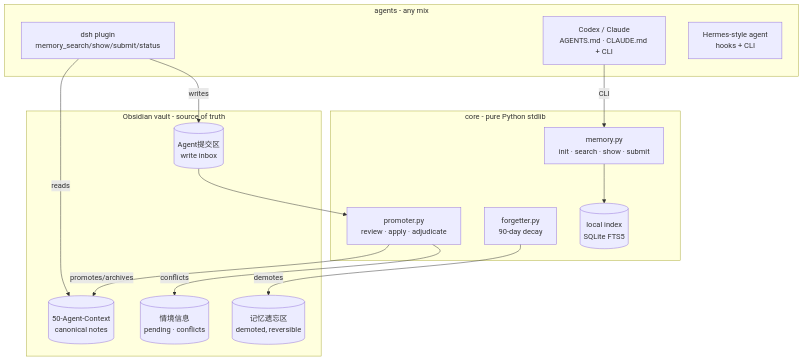
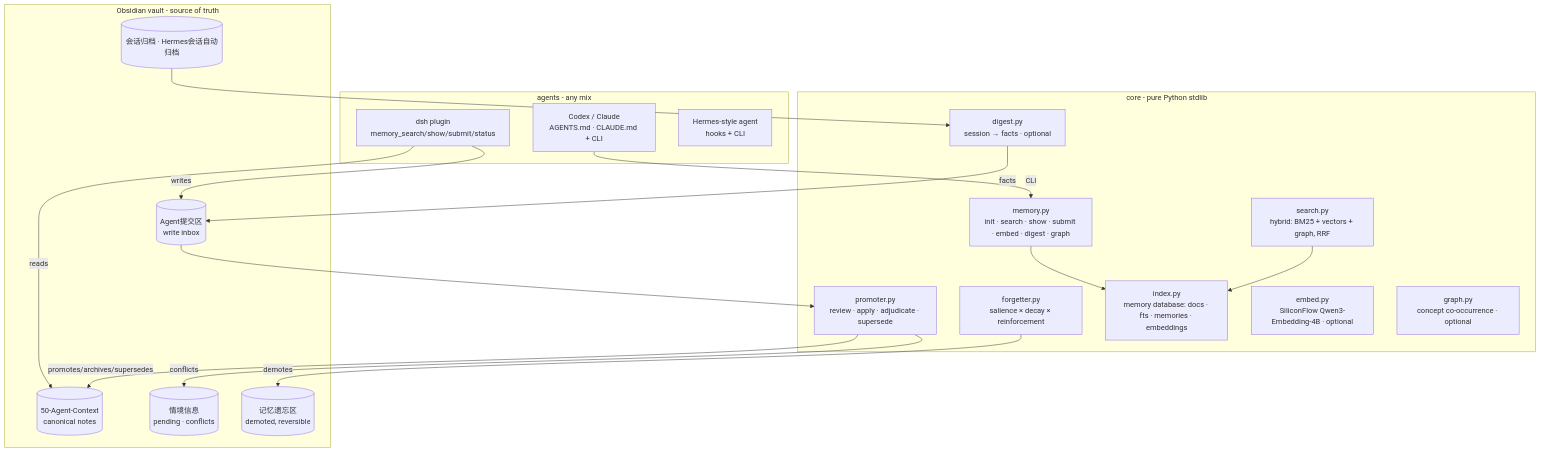
One commit to Noelune/unified-agent-memory changed the diagram in docs/ARCHITECTURE.md. Above: the diagram before and after it, drawn with Mermaid. The commit also changed other lines of this file and 29 other files, not shown here.

First line of the commit message:
feat: fused agent-memory architecture (hybrid retrieval, vectors, digest, graph, supersession)

````diff
--- a/docs/ARCHITECTURE.md
+++ b/docs/ARCHITECTURE.md
@@ -14,31 +25,39 @@
 ```mermaid
 flowchart TB
     subgraph Agents [agents - any mix]
         D[dsh plugin<br/>memory_search/show/submit/status]
         C[Codex / Claude<br/>AGENTS.md · CLAUDE.md + CLI]
         H[Hermes-style agent<br/>hooks + CLI]
     end
 
     subgraph Core [core - pure Python stdlib]
-        M[memory.py<br/>init · search · show · submit]
-        P[promoter.py<br/>review · apply · adjudicate]
-        F[forgetter.py<br/>90-day decay]
-        I[(local index<br/>SQLite FTS5)]
+        M[memory.py<br/>init · search · show · submit · embed · digest · graph]
+        P[promoter.py<br/>review · apply · adjudicate · supersede]
+        F[forgetter.py<br/>salience × decay × reinforcement]
+        I[index.py<br/>memory database: docs · fts · memories · embeddings]
+        S[search.py<br/>hybrid: BM25 + vectors + graph, RRF]
+        E[embed.py<br/>SiliconFlow Qwen3-Embedding-4B · optional]
+        G[graph.py<br/>concept co-occurrence · optional]
+        DG[digest.py<br/>session → facts · optional]
     end
 
     subgraph Vault [Obsidian vault - source of truth]
         CAN[(50-Agent-Context<br/>canonical notes)]
         INBOX[(Agent提交区<br/>write inbox)]
         SIT[(情境信息<br/>pending · conflicts)]
         FORG[(记忆遗忘区<br/>demoted, reversible)]
+        ARCH[(会话归档 · Hermes会话自动归档)]
     end
 
     D -->|reads| CAN
     D -->|writes| INBOX
     C -->|CLI| M
     M --> I
-    P -->|promotes/archives| CAN
+    S --> I
+    P -->|promotes/archives/supersedes| CAN
     P -->|conflicts| SIT
     F -->|demotes| FORG
+    DG -->|facts| INBOX
     INBOX --> P
+    ARCH --> DG
 ```
````
